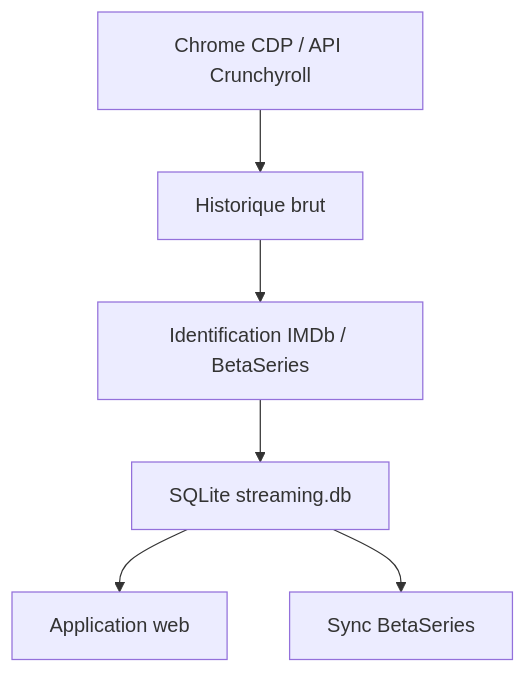
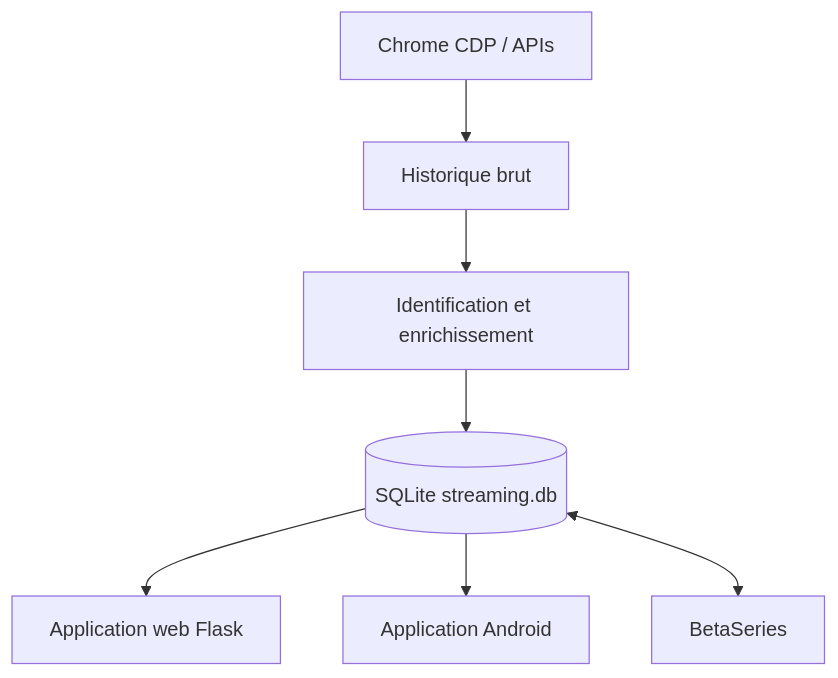
One commit to BashLover76/rpa_streaming changed the diagram in README.md. Above: the diagram before and after it, drawn with Mermaid. The commit also changed other lines of this file and 1 other file, not shown here.

````diff
--- a/README.md
+++ b/README.md
@@ -7,8 +20,9 @@
 ```mermaid
 flowchart TD
-    A[Chrome CDP / API Crunchyroll] --> B[Historique brut]
-    B --> C[Identification IMDb / BetaSeries]
-    C --> D[SQLite streaming.db]
-    D --> E[Application web]
-    D --> F[Sync BetaSeries]
+    A[Chrome CDP / APIs] --> B[Historique brut]
+    B --> C[Identification et enrichissement]
+    C --> D[(SQLite streaming.db)]
+    D --> E[Application web Flask]
+    D --> F[Application Android]
+    D <--> G[BetaSeries]
 ```
````
